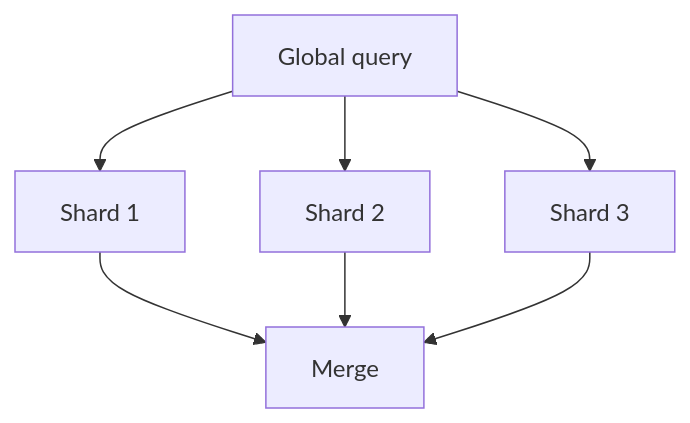
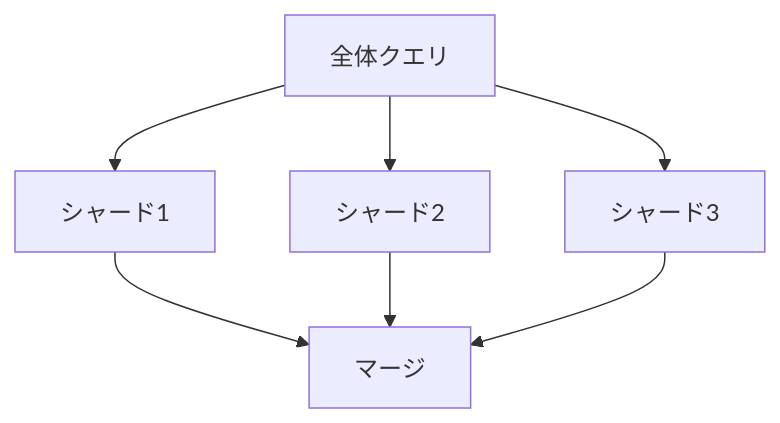
The fourth of 7 diagrams in src/content/docs/05-distributed-db/15-partitioning-sharding.md (hirunebot/database-systems-book), drawn with Mermaid before and after one commit. The commit also changed other lines of this file and 42 other files, not shown here.

````diff
--- a/src/content/docs/05-distributed-db/15-partitioning-sharding.md
+++ b/src/content/docs/05-distributed-db/15-partitioning-sharding.md
@@ -252,9 +252,9 @@
 ```mermaid
 flowchart TB
-    Q["Global query"] --> S1["Shard 1"]
-    Q --> S2["Shard 2"]
-    Q --> S3["Shard 3"]
-    S1 --> M["Merge"]
+    Q["全体クエリ"] --> S1["シャード1"]
+    Q --> S2["シャード2"]
+    Q --> S3["シャード3"]
+    S1 --> M["マージ"]
     S2 --> M
     S3 --> M
 ```
````
